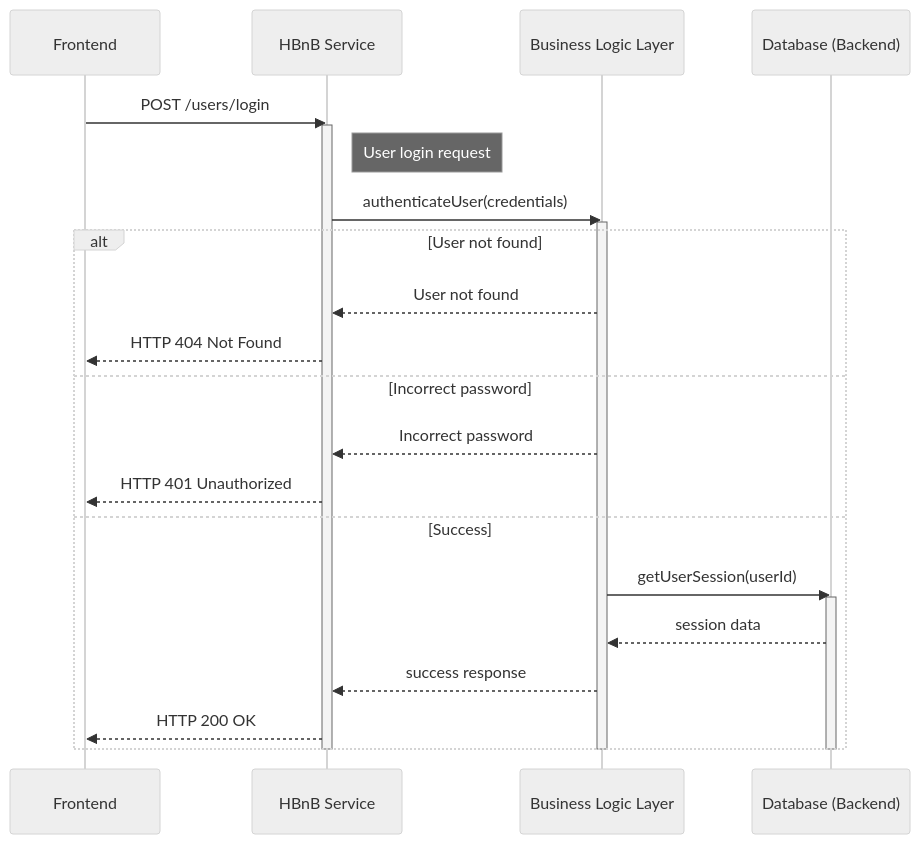
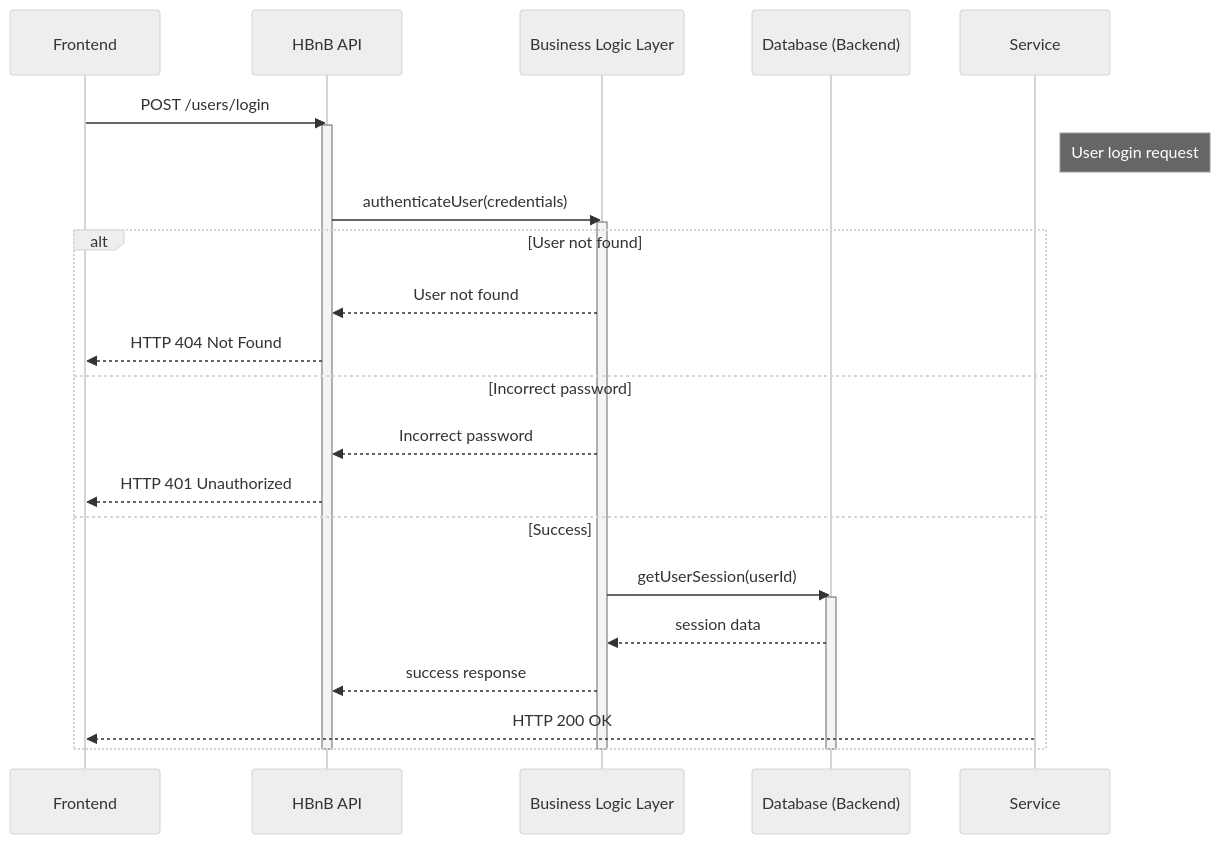
Before and after one commit to LEROY-Yanis/holbertonschool-hbnb: the second of 3 diagrams in part1/task_3.md, drawn with Mermaid (neutral theme). The commit also changed other lines of this file, not shown here.

First line of the commit message:
Refactor sequence diagrams to use 'API' instead of 'Service'

````diff
--- a/part1/task_3.md
+++ b/part1/task_3.md
@@ -53,32 +53,32 @@
 ```mermaid
 sequenceDiagram
     participant User as Frontend
-    participant Service as HBnB Service
+    participant API as HBnB API
     participant Logic as Business Logic Layer
     participant Storage as Database (Backend)
 
-    User->>Service: POST /users/login
-    activate Service
+    User->>API: POST /users/login
+    activate API
     Note right of Service: User login request
 
-    Service->>Logic: authenticateUser(credentials)
+    API->>Logic: authenticateUser(credentials)
     activate Logic
 
     alt User not found
-        Logic-->>Service: User not found
-        Service-->>User: HTTP 404 Not Found
+        Logic-->>API: User not found
+        API-->>User: HTTP 404 Not Found
     else Incorrect password
-        Logic-->>Service: Incorrect password
-        Service-->>User: HTTP 401 Unauthorized
+        Logic-->>API: Incorrect password
+        API-->>User: HTTP 401 Unauthorized
     else Success
         Logic->>Storage: getUserSession(userId)
         activate Storage
         Storage-->>Logic: session data
-        Logic-->>Service: success response
+        Logic-->>API: success response
         Service-->>User: HTTP 200 OK
     end
 
     deactivate Storage
     deactivate Logic
-    deactivate Service
+    deactivate API
 ```
````
